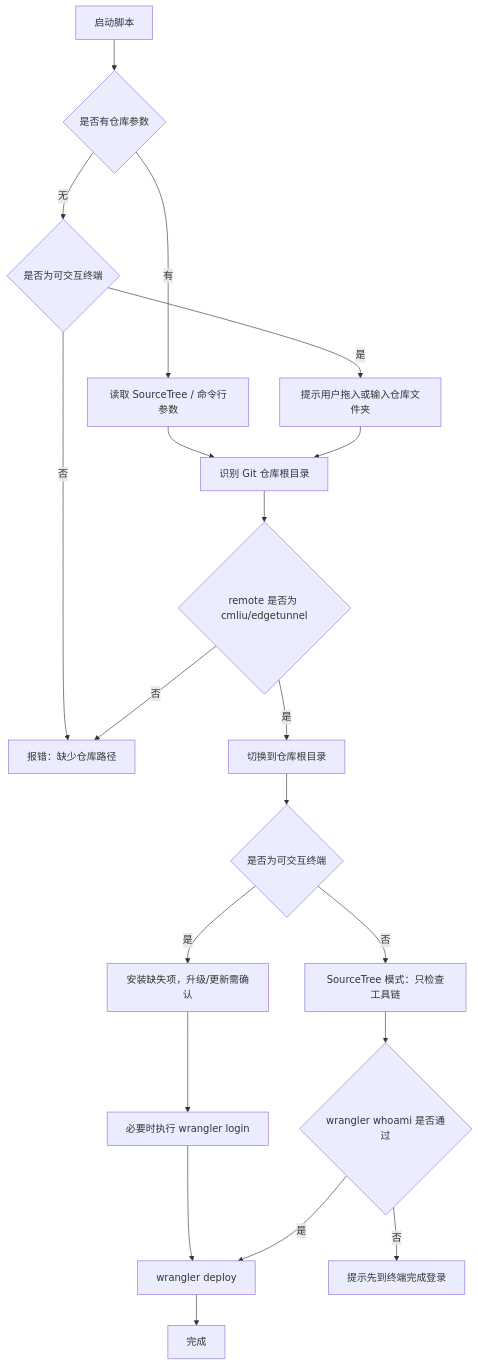
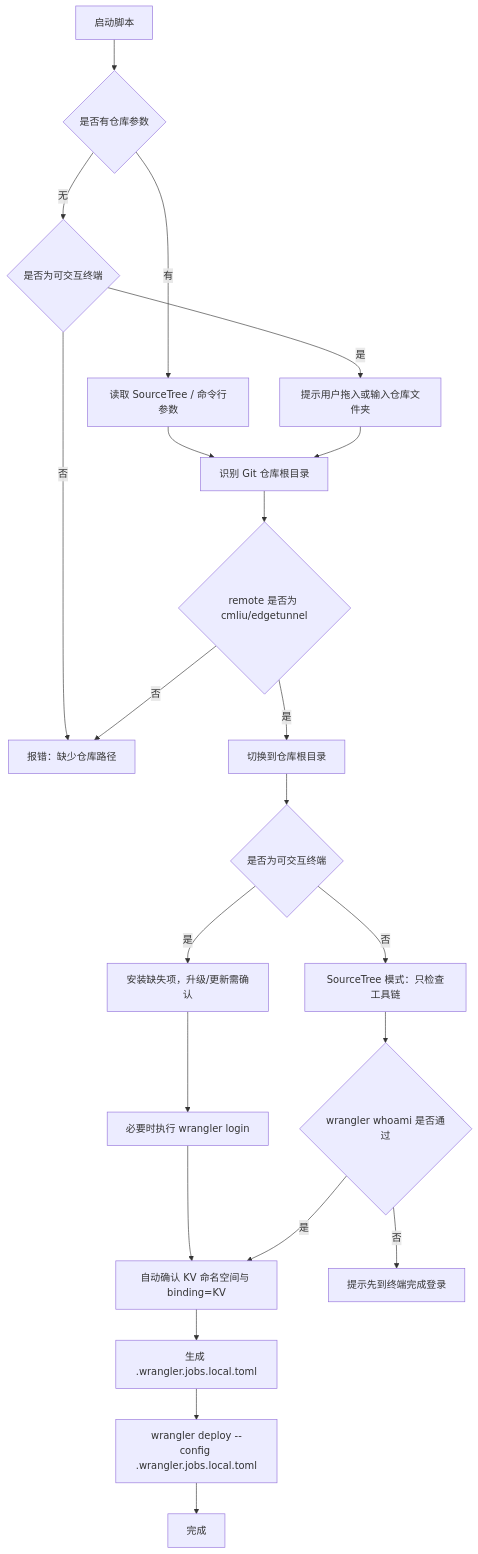
One commit to JobsKits/SourceTree.sh changed the diagram in 【MacOS@SourceTree】同步edgetunnel代码后手动升级.command/README.md. Above: the diagram before and after it, drawn with Mermaid. The commit also changed other lines of this file and 1 other file, not shown here.

````diff
--- a/【MacOS@SourceTree】同步edgetunnel代码后手动升级.command/README.md
+++ b/【MacOS@SourceTree】同步edgetunnel代码后手动升级.command/README.md
@@ -208,22 +218,24 @@
 ```mermaid
 flowchart TD
     A[启动脚本] --> B{是否有仓库参数}
     B -- 有 --> C[读取 SourceTree / 命令行参数]
     B -- 无 --> D{是否为可交互终端}
     D -- 是 --> E[提示用户拖入或输入仓库文件夹]
     D -- 否 --> X[报错：缺少仓库路径]
     C --> F[识别 Git 仓库根目录]
     E --> F
     F --> G{remote 是否为 cmliu/edgetunnel}
     G -- 否 --> X
     G -- 是 --> H[切换到仓库根目录]
     H --> I{是否为可交互终端}
     I -- 是 --> J[安装缺失项，升级/更新需确认]
     J --> K[必要时执行 wrangler login]
-    K --> L[wrangler deploy]
+    K --> K2[自动确认 KV 命名空间与 binding=KV]
+    K2 --> K3[生成 .wrangler.jobs.local.toml]
+    K3 --> L[wrangler deploy --config .wrangler.jobs.local.toml]
     I -- 否 --> M[SourceTree 模式：只检查工具链]
     M --> N{wrangler whoami 是否通过}
     N -- 否 --> X2[提示先到终端完成登录]
-    N -- 是 --> L
+    N -- 是 --> K2
     L --> P[完成]
 ```
````
